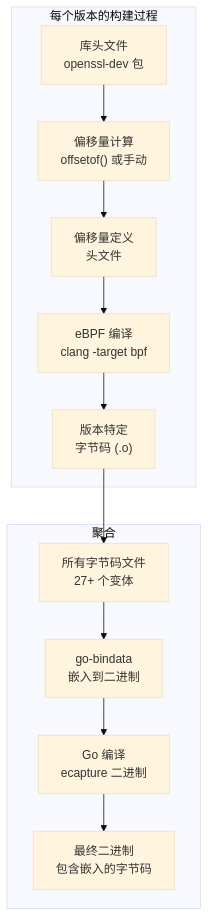
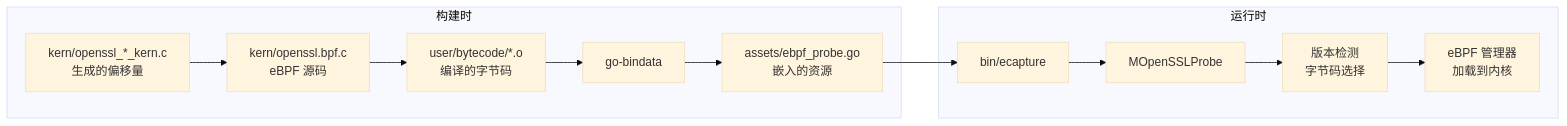
Before and after one commit to gojue/ecapture.cc: the fifth of 5 diagrams in src/zh/5-development-guide/5.2.2-structure-offset-calculation.md, drawn with Mermaid (base theme). The commit also changed other lines of this file and 115 other files, not shown here.

````diff
--- a/src/zh/5-development-guide/5.2.2-structure-offset-calculation.md
+++ b/src/zh/5-development-guide/5.2.2-structure-offset-calculation.md
@@ -430,27 +439,27 @@
 ```mermaid
-graph TB
-    subgraph "每个版本的构建过程"
-        HEADERS["库头文件<br/>openssl-dev 包"]
-        CALC["偏移量计算<br/>offsetof() 或手动"]
-        DEFINES["偏移量定义<br/>头文件"]
-        COMPILE["eBPF 编译<br/>clang -target bpf"]
-        BYTECODE["版本特定<br/>字节码 (.o)"]
+graph LR
+    subgraph "构建时"
+        HEADER["kern/openssl_*_kern.c<br/>生成的偏移量"]
+        EBPF_SRC["kern/openssl.bpf.c<br/>eBPF 源码"]
+        BYTECODE["user/bytecode/*.o<br/>编译的字节码"]
+        EMBED["go-bindata"]
+        ASSETS["assets/ebpf_probe.go<br/>嵌入的资源"]
     end
     
-    subgraph "聚合"
-        ALL_BYTECODE["所有字节码文件<br/>27+ 个变体"]
-        BINDATA["go-bindata<br/>嵌入到二进制"]
-        GO_BUILD["Go 编译<br/>ecapture 二进制"]
-        FINAL["最终二进制<br/>包含嵌入的字节码"]
+    subgraph "运行时"
+        BINARY["bin/ecapture"]
+        MODULE["MOpenSSLProbe"]
+        SELECT["版本检测<br/>字节码选择"]
+        LOAD["eBPF 管理器<br/>加载到内核"]
     end
     
-    HEADERS --> CALC
-    CALC --> DEFINES
-    DEFINES --> COMPILE
-    COMPILE --> BYTECODE
+    HEADER --> EBPF_SRC
+    EBPF_SRC --> BYTECODE
+    BYTECODE --> EMBED
+    EMBED --> ASSETS
+    ASSETS --> BINARY
     
-    BYTECODE --> ALL_BYTECODE
-    ALL_BYTECODE --> BINDATA
-    BINDATA --> GO_BUILD
-    GO_BUILD --> FINAL
+    BINARY --> MODULE
+    MODULE --> SELECT
+    SELECT --> LOAD
 ```
````
